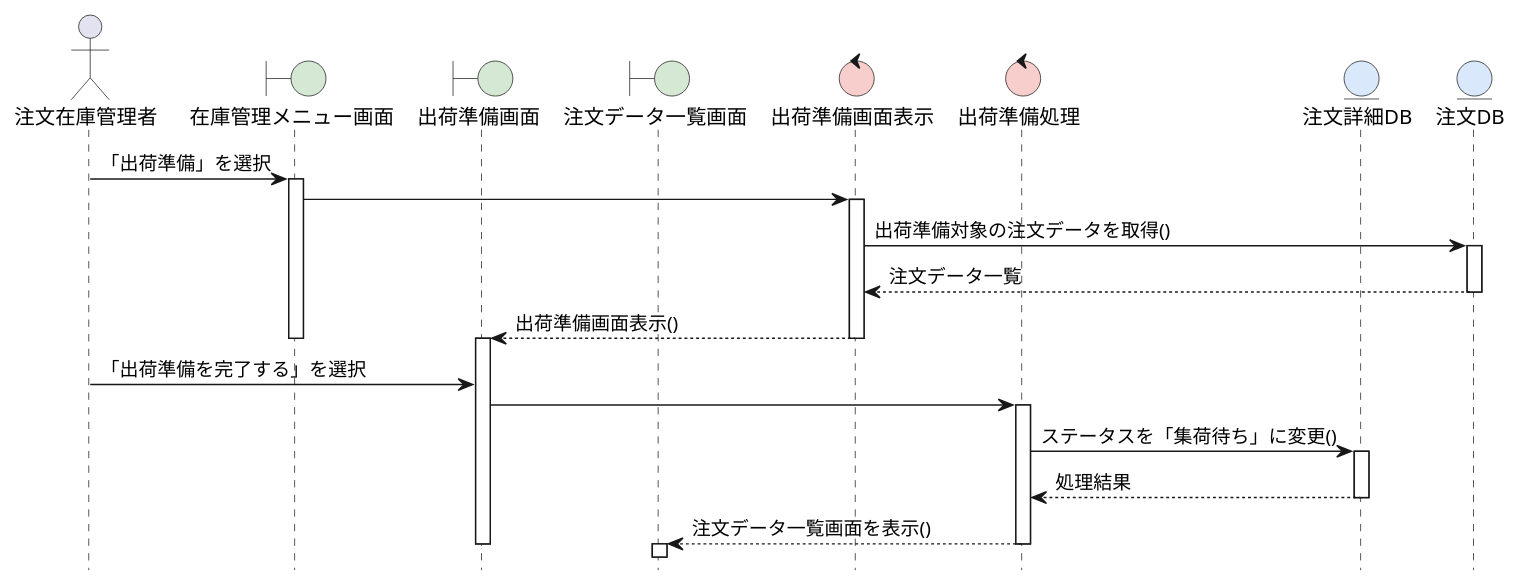
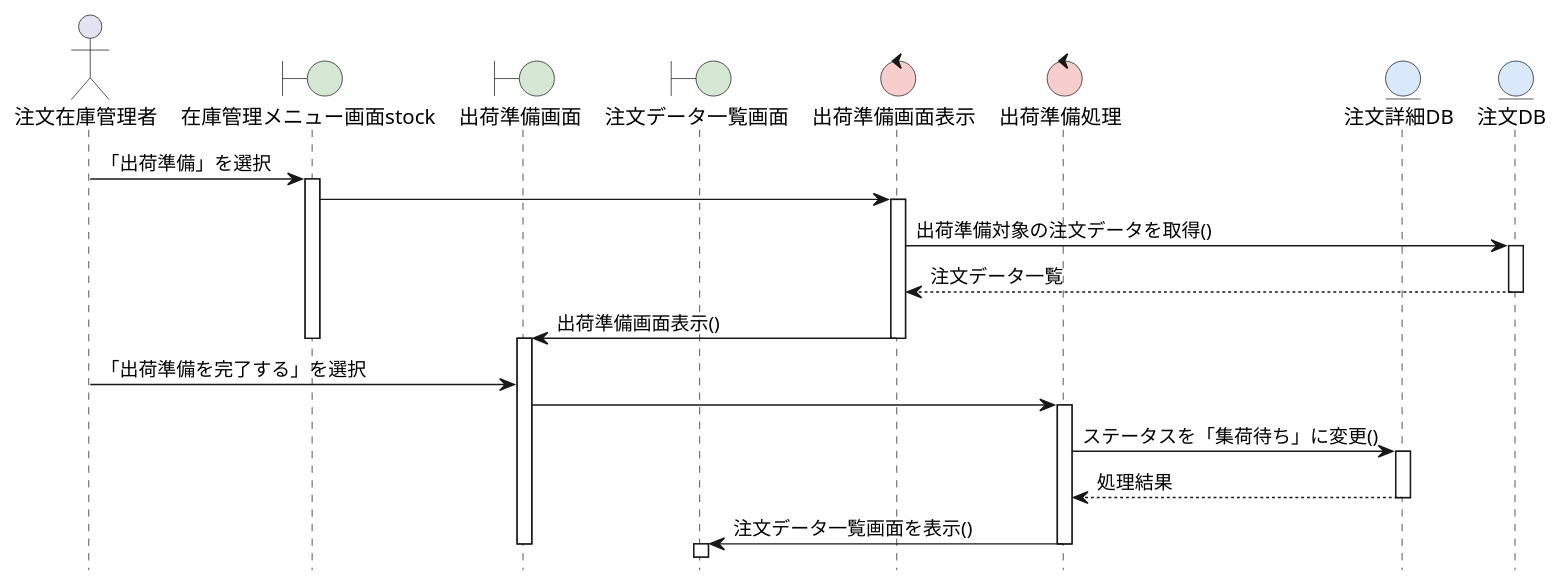
One commit to FujikawaHirono0520/group3_1_dogdog changed the diagram in BB/sequence_sending.pu. Above: the diagram before and after it, drawn with PlantUML.

```diff
--- a/BB/sequence_sending.pu
+++ b/BB/sequence_sending.pu
@@ -1,51 +1,51 @@
 @startuml .
 
 hide footbox
 skinparam BoundaryBackgroundColor #D5E8D4
 skinparam ControlBackgroundColor #F8CECC
 skinparam EntityBackgroundColor #DAE8FC
 
 actor 注文在庫管理者 as User
-boundary 在庫管理メニュー画面 as Menu
+boundary 在庫管理メニュー画面stock as Menu
 boundary 出荷準備画面 as Sending
 boundary 注文データ一覧画面 as List
 control 出荷準備画面表示 as Display
 control 出荷準備処理 as Process
 ' entity BB販売システム as System
 entity 注文詳細DB as OrderDetailDB
 entity 注文DB as OrderDB
 
 User -> Menu: 「出荷準備」を選択
 
 activate Menu
 Menu -> Display
 
 activate Display
 Display -> OrderDB: 出荷準備対象の注文データを取得()
 
 activate OrderDB
 OrderDB --> Display: 注文データ一覧
 deactivate OrderDB
 
-Display --> Sending: 出荷準備画面表示()
+Display -> Sending: 出荷準備画面表示()
 deactivate Menu
 deactivate Display
 
 activate Sending
 User -> Sending: 「出荷準備を完了する」を選択
 Sending -> Process: 
 
 activate Process
 Process -> OrderDetailDB: ステータスを「集荷待ち」に変更()
 
 activate OrderDetailDB
 OrderDetailDB --> Process: 処理結果
 deactivate OrderDetailDB
 
-Process --> List: 注文データ一覧画面を表示()
+Process -> List: 注文データ一覧画面を表示()
 deactivate Process
 
 activate List
 deactivate Sending
 
 @enduml
```
